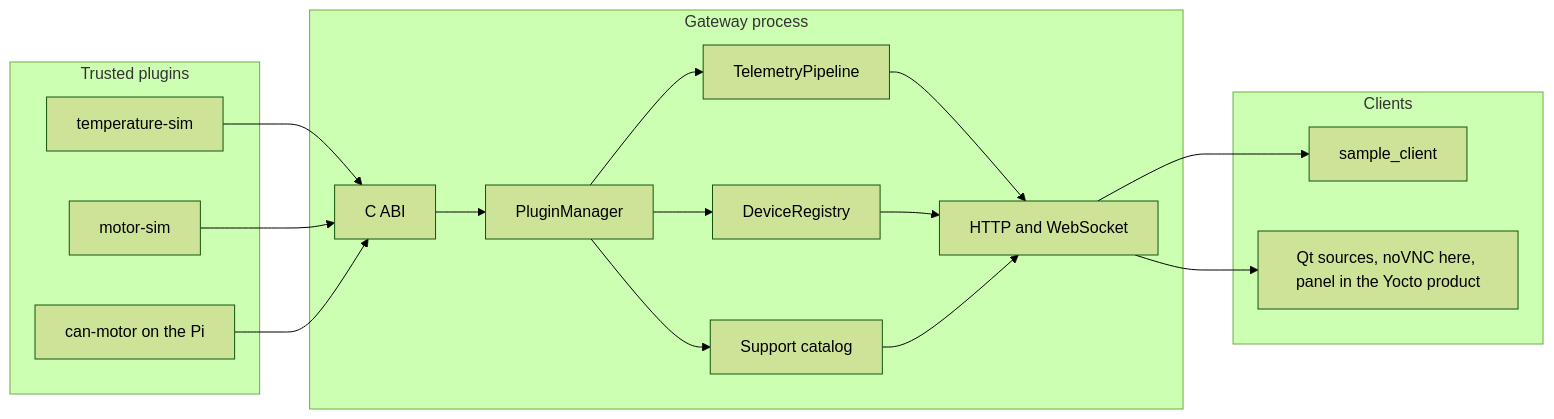
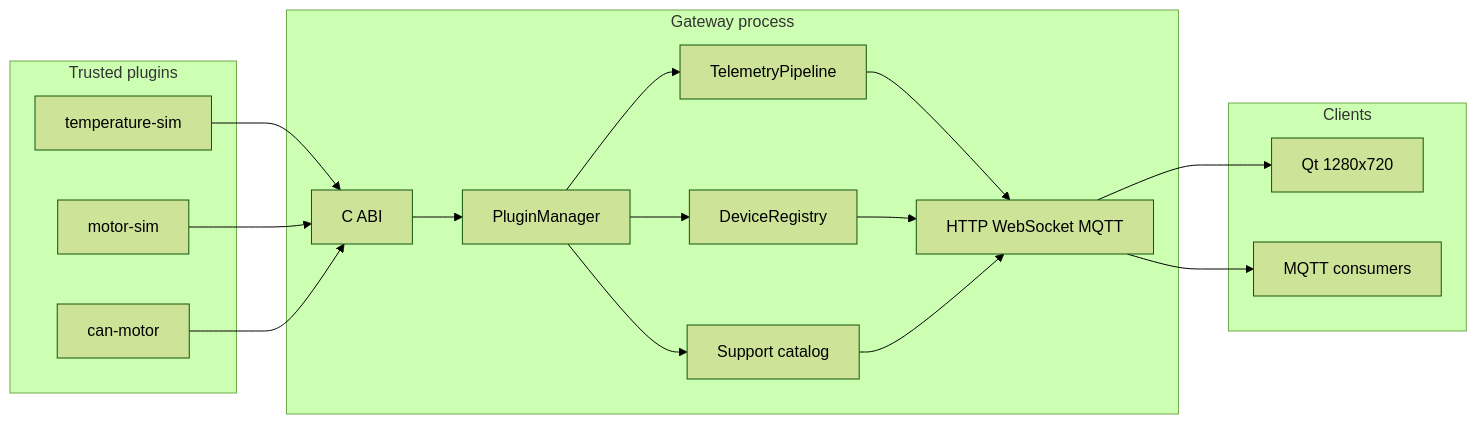
One commit to fbrase799/open_gateway changed the diagram in docs/architecture.md. Above: the diagram before and after it, drawn with Mermaid (forest theme). The commit also changed other lines of this file and 68 other files, not shown here.

````diff
--- a/docs/architecture.md
+++ b/docs/architecture.md
@@ -3,32 +3,32 @@
 ```mermaid
 flowchart LR
   subgraph plugins [Trusted plugins]
     Temp[temperature-sim]
     Motor[motor-sim]
-    Can[can-motor on the Pi]
+    Can[can-motor]
   end
   subgraph host [Gateway process]
     ABI[C ABI]
     PM[PluginManager]
     CAT[Support catalog]
     REG[DeviceRegistry]
     TEL[TelemetryPipeline]
-    API[HTTP and WebSocket]
+    API[HTTP WebSocket MQTT]
   end
   subgraph clients [Clients]
-    React[sample_client]
-    Qt[Qt sources, noVNC here, panel in the Yocto product]
+    Qt[Qt 1280x720]
+    Mqtt[MQTT consumers]
   end
   Temp --> ABI
   Motor --> ABI
   Can --> ABI
   ABI --> PM
   PM --> CAT
   PM --> REG
   PM --> TEL
   TEL --> API
   REG --> API
   CAT --> API
-  API --> React
   API --> Qt
+  API --> Mqtt
 ```
````
